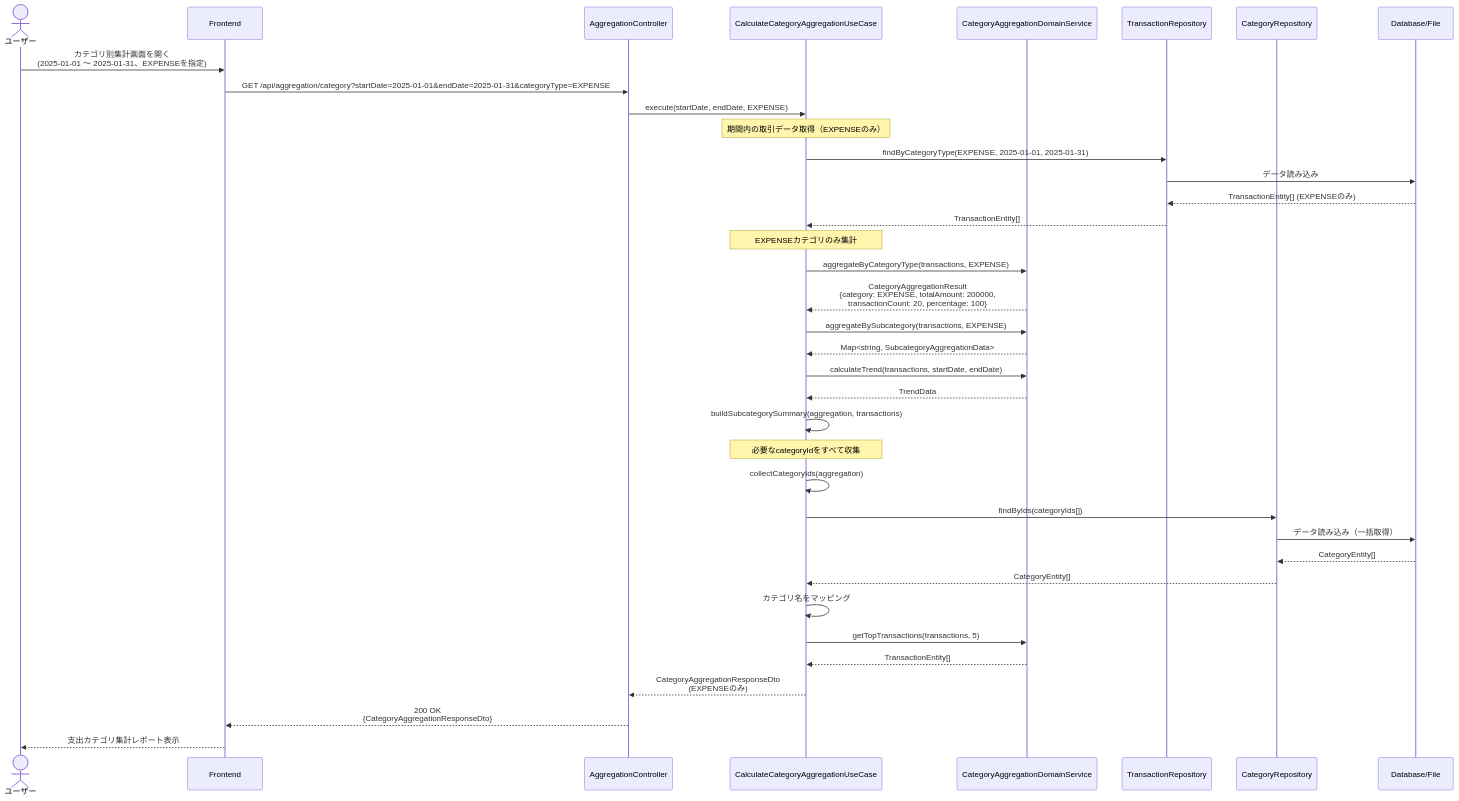
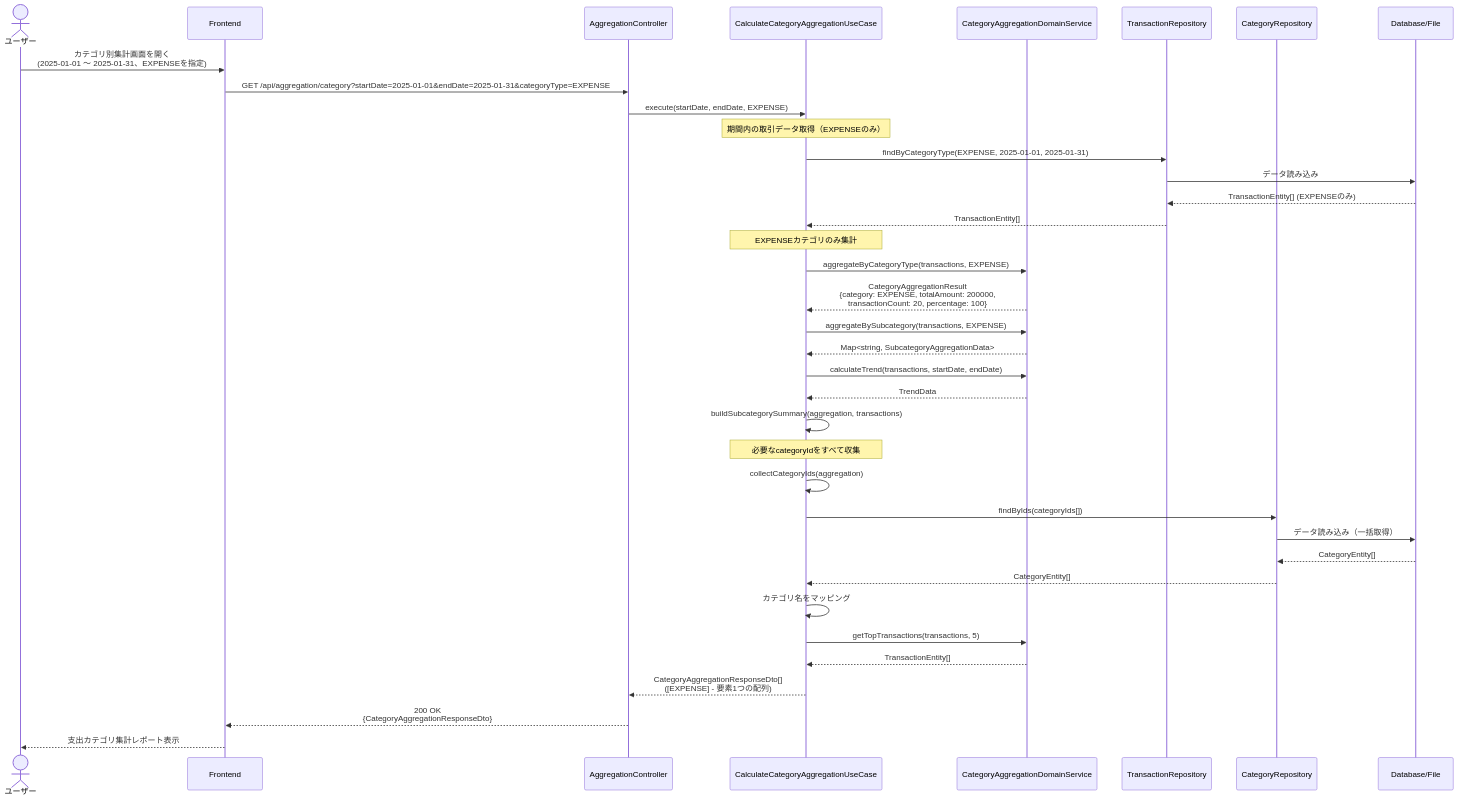
One commit to kencom2400/account-book changed the second of 5 diagrams in docs/detailed-design/FR-018_category-aggregation/sequence-diagrams.md. Above: the diagram before and after it, drawn with Mermaid.

Commit message:
docs: Gemini指摘対応 - シーケンス図のレスポンス形式を統一
特定カテゴリのみ集計の場合も配列で返すように修正。

Issue: #47

````diff
--- a/docs/detailed-design/FR-018_category-aggregation/sequence-diagrams.md
+++ b/docs/detailed-design/FR-018_category-aggregation/sequence-diagrams.md
@@ -100,49 +100,49 @@
 ```mermaid
 sequenceDiagram
     actor User as ユーザー
     participant FE as Frontend
     participant API as AggregationController
     participant UC as CalculateCategoryAggregationUseCase
     participant DS as CategoryAggregationDomainService
     participant TRepo as TransactionRepository
     participant CRepo as CategoryRepository
     participant DB as Database/File
 
     User->>FE: カテゴリ別集計画面を開く<br/>(2025-01-01 〜 2025-01-31、EXPENSEを指定)
     FE->>API: GET /api/aggregation/category?startDate=2025-01-01&endDate=2025-01-31&categoryType=EXPENSE
 
     API->>UC: execute(startDate, endDate, EXPENSE)
 
     Note over UC: 期間内の取引データ取得（EXPENSEのみ）
     UC->>TRepo: findByCategoryType(EXPENSE, 2025-01-01, 2025-01-31)
     TRepo->>DB: データ読み込み
     DB-->>TRepo: TransactionEntity[] (EXPENSEのみ)
     TRepo-->>UC: TransactionEntity[]
 
     Note over UC: EXPENSEカテゴリのみ集計
     UC->>DS: aggregateByCategoryType(transactions, EXPENSE)
     DS-->>UC: CategoryAggregationResult<br/>{category: EXPENSE, totalAmount: 200000,<br/>transactionCount: 20, percentage: 100}
 
     UC->>DS: aggregateBySubcategory(transactions, EXPENSE)
     DS-->>UC: Map<string, SubcategoryAggregationData>
 
     UC->>DS: calculateTrend(transactions, startDate, endDate)
     DS-->>UC: TrendData
 
     UC->>UC: buildSubcategorySummary(aggregation, transactions)
     Note over UC: 必要なcategoryIdをすべて収集
     UC->>UC: collectCategoryIds(aggregation)
     UC->>CRepo: findByIds(categoryIds[])
     CRepo->>DB: データ読み込み（一括取得）
     DB-->>CRepo: CategoryEntity[]
     CRepo-->>UC: CategoryEntity[]
     UC->>UC: カテゴリ名をマッピング
 
     UC->>DS: getTopTransactions(transactions, 5)
     DS-->>UC: TransactionEntity[]
 
-    UC-->>API: CategoryAggregationResponseDto<br/>(EXPENSEのみ)
+    UC-->>API: CategoryAggregationResponseDto[]<br/>([EXPENSE] - 要素1つの配列)
 
     API-->>FE: 200 OK<br/>{CategoryAggregationResponseDto}
     FE-->>User: 支出カテゴリ集計レポート表示
 ```
````
